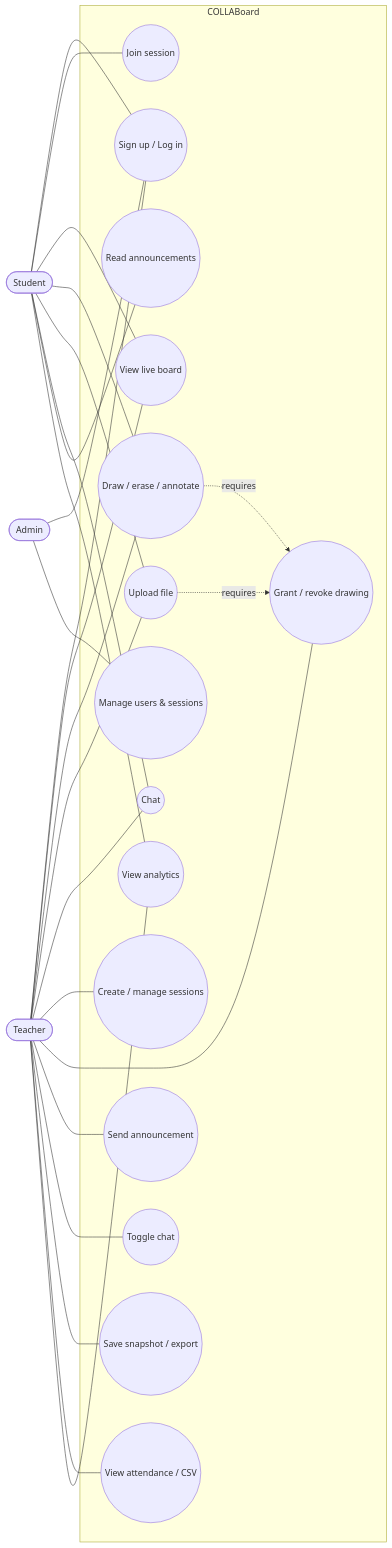
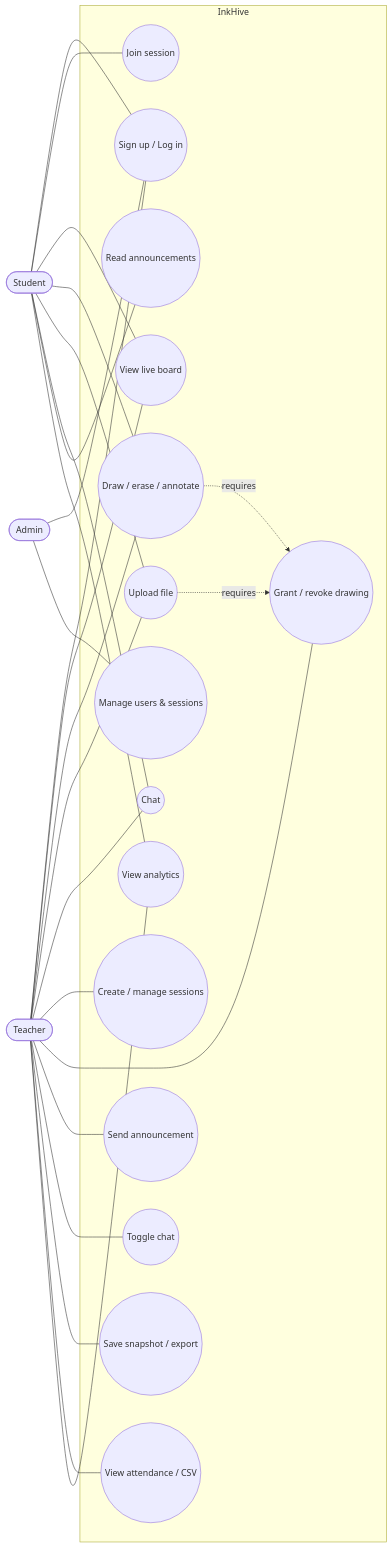
One commit to thatguyKire/InkHive changed the second of 3 diagrams in docs/SRS.md. Above: the diagram before and after it, drawn with Mermaid. The commit also changed other lines of this file and 96 other files, not shown here.

First line of the commit message:
Rename to InkHive, replace icons with own artwork, fix backup promise

````diff
--- a/docs/SRS.md
+++ b/docs/SRS.md
@@ -72,30 +72,30 @@
 ```mermaid
 flowchart LR
     Student([Student])
     Teacher([Teacher])
     Admin([Admin])
 
-    subgraph System["COLLABoard"]
+    subgraph System["InkHive"]
         UC1(("Sign up / Log in"))
         UC2(("Join session"))
         UC3(("View live board"))
         UC4(("Draw / erase / annotate"))
         UC5(("Upload file"))
         UC6(("Chat"))
         UC7(("Read announcements"))
         UC8(("Create / manage sessions"))
         UC9(("Grant / revoke drawing"))
         UC10(("Send announcement"))
         UC11(("Toggle chat"))
         UC12(("Save snapshot / export"))
         UC13(("View attendance / CSV"))
         UC14(("View analytics"))
         UC15(("Manage users & sessions"))
     end
 
     Student --- UC1 & UC2 & UC3 & UC4 & UC5 & UC6 & UC7 & UC14
     Teacher --- UC1 & UC3 & UC4 & UC5 & UC6 & UC8 & UC9 & UC10 & UC11 & UC12 & UC13 & UC14
     Admin --- UC1 & UC15
     UC4 -. requires .-> UC9
     UC5 -. requires .-> UC9
 ```
````
